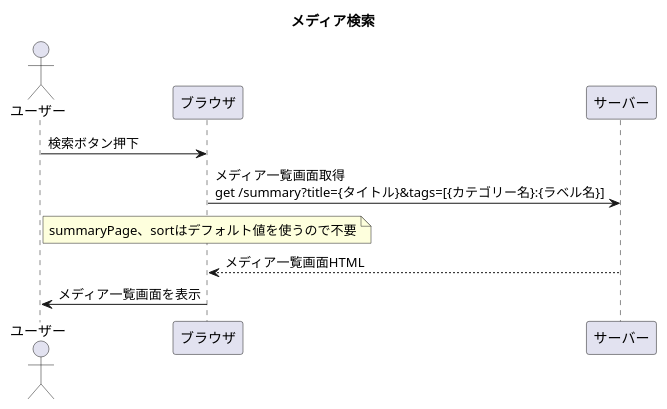
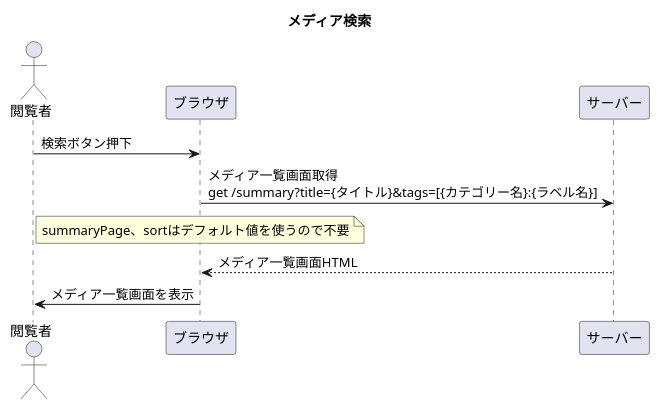
Before and after one commit to hachimitu22/MangaViewer: the diagram in doc/6_ui/pages/検索条件入力/sequence/メディア検索.puml, drawn with PlantUML. The commit also changed 39 other files, not shown here.

```diff
--- a/doc/6_ui/pages/検索条件入力/sequence/メディア検索.puml
+++ b/doc/6_ui/pages/検索条件入力/sequence/メディア検索.puml
@@ -1,17 +1,17 @@
 @startuml
 
 title メディア検索
 
-actor ユーザー
+actor 閲覧者
 participant ブラウザ
 
-ユーザー -> ブラウザ: 検索ボタン押下
+閲覧者 -> ブラウザ: 検索ボタン押下
 
 ブラウザ -> サーバー: メディア一覧画面取得\nget /summary?title={タイトル}&tags=[{カテゴリー名}:{ラベル名}]
 note over ブラウザ
     summaryPage、sortはデフォルト値を使うので不要
 end note
 ブラウザ <-- サーバー: メディア一覧画面HTML
-ユーザー <- ブラウザ: メディア一覧画面を表示
+閲覧者 <- ブラウザ: メディア一覧画面を表示
 
 @enduml
```
